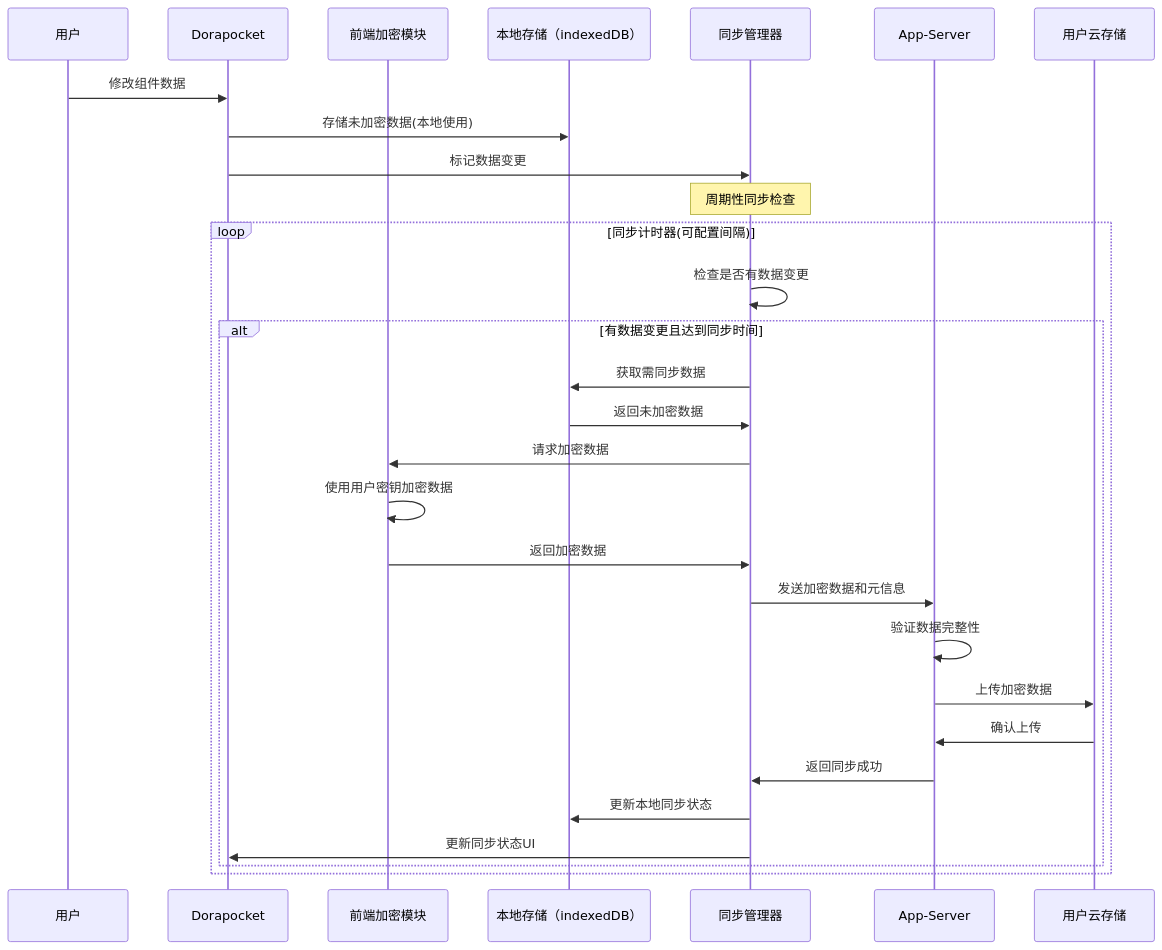
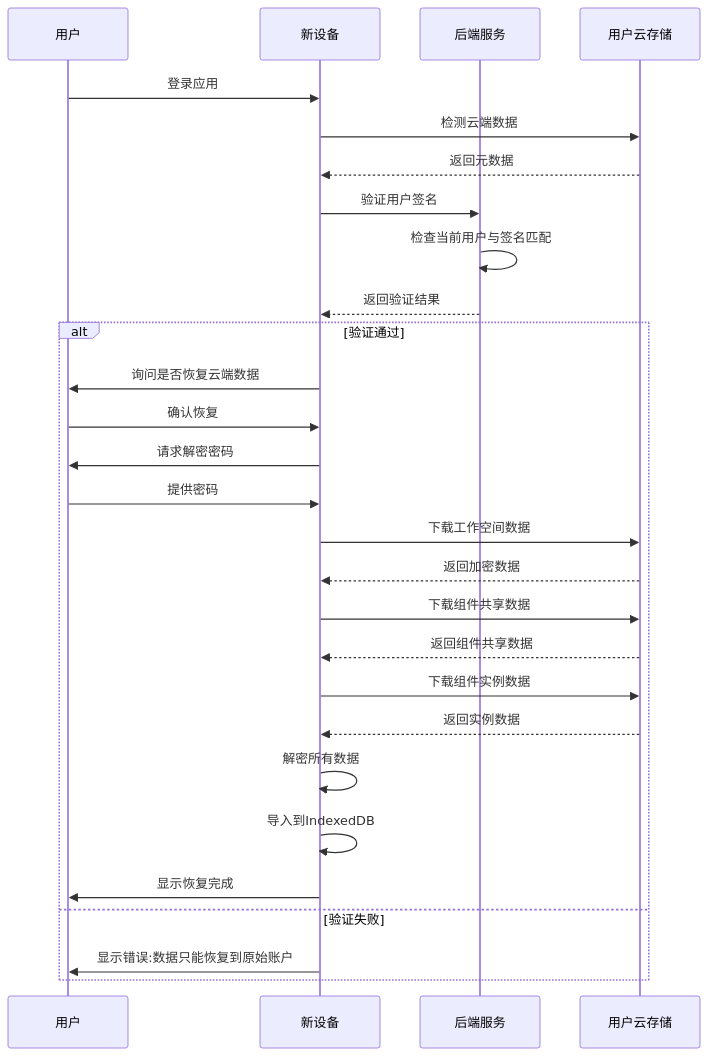
One commit to yingjianzh/iodraw-files changed the diagram in all/未命名-34.md. Above: the diagram before and after it, drawn with Mermaid.

Commit message:
2025-04-17 16:19:26 update

````diff
--- a/all/未命名-34.md
+++ b/all/未命名-34.md
@@ -1,37 +1,38 @@
 ```mermaid
-
 sequenceDiagram
     participant User as 用户
-    participant Frontend as Dorapocket
-    participant CryptoM as 前端加密模块
-    participant LocalDB as 本地存储（indexedDB）
-    participant SyncM as 同步管理器
-    participant AppServer as App-Server
-    participant UserCloud as 用户云存储
+    participant NewDevice as 新设备
+    participant Server as 后端服务
+    participant Cloud as 用户云存储
     
-    User->>Frontend: 修改组件数据
-    Frontend->>LocalDB: 存储未加密数据(本地使用)
-    Frontend->>SyncM: 标记数据变更
+    User->>NewDevice: 登录应用
+    NewDevice->>Cloud: 检测云端数据
+    Cloud-->>NewDevice: 返回元数据
     
-    note over SyncM: 周期性同步检查
+    NewDevice->>Server: 验证用户签名
+    Server->>Server: 检查当前用户与签名匹配
+    Server-->>NewDevice: 返回验证结果
     
-    loop 同步计时器(可配置间隔)
-        SyncM->>SyncM: 检查是否有数据变更
+    alt 验证通过
+        NewDevice->>User: 询问是否恢复云端数据
+        User->>NewDevice: 确认恢复
         
-        alt 有数据变更且达到同步时间
-            SyncM->>LocalDB: 获取需同步数据
-            LocalDB->>SyncM: 返回未加密数据
-            SyncM->>CryptoM: 请求加密数据
-            CryptoM->>CryptoM: 使用用户密钥加密数据
-            CryptoM->>SyncM: 返回加密数据
-            SyncM->>AppServer: 发送加密数据和元信息
-            AppServer->>AppServer: 验证数据完整性
-            AppServer->>UserCloud: 上传加密数据
-            UserCloud->>AppServer: 确认上传
-            AppServer->>SyncM: 返回同步成功
-            SyncM->>LocalDB: 更新本地同步状态
-            SyncM->>Frontend: 更新同步状态UI
-        end
+        NewDevice->>User: 请求解密密码
+        User->>NewDevice: 提供密码
+        
+        NewDevice->>Cloud: 下载工作空间数据
+        Cloud-->>NewDevice: 返回加密数据
+        
+        NewDevice->>Cloud: 下载组件共享数据
+        Cloud-->>NewDevice: 返回组件共享数据
+        
+        NewDevice->>Cloud: 下载组件实例数据
+        Cloud-->>NewDevice: 返回实例数据
+        
+        NewDevice->>NewDevice: 解密所有数据
+        NewDevice->>NewDevice: 导入到IndexedDB
+        NewDevice->>User: 显示恢复完成
+    else 验证失败
+        NewDevice->>User: 显示错误:数据只能恢复到原始账户
     end
-
 ```
````
